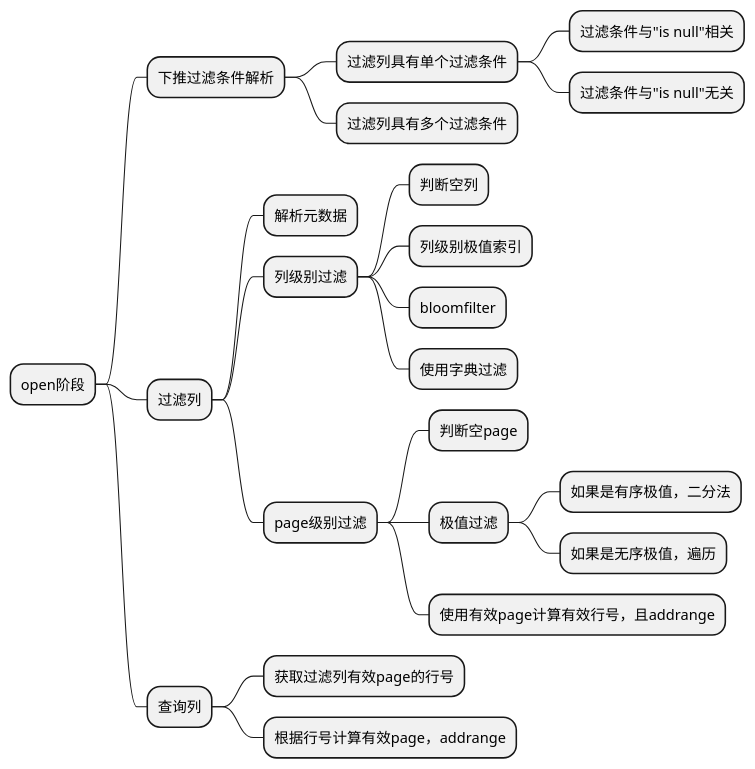
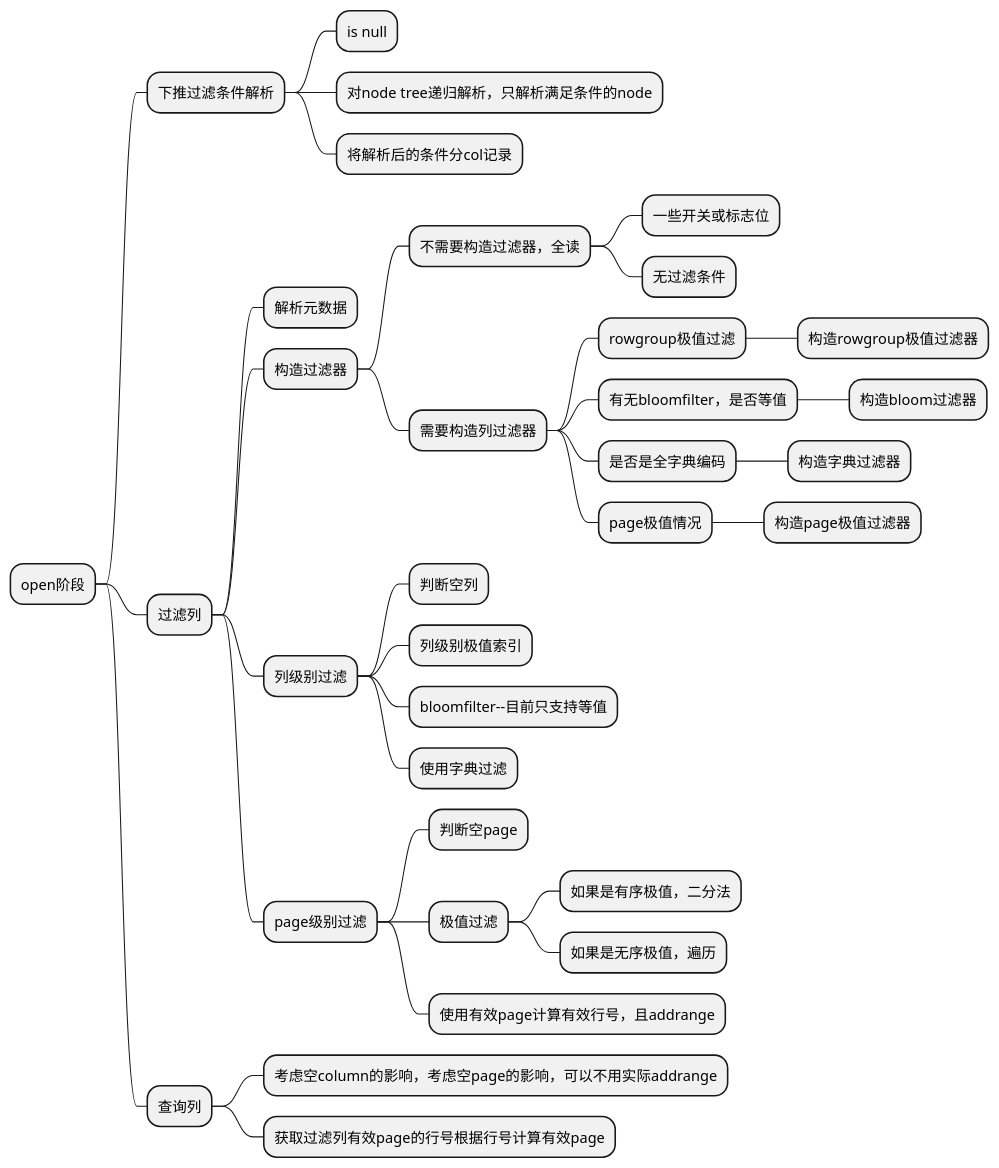
Before and after one commit to HarpsealCC/note: the second of 20 diagrams in 东方国信工作资料/点查询/pageindex过滤相关功能.md, drawn with PlantUML. The commit also changed other lines of this file and 5 other files, not shown here.

````diff
--- a/东方国信工作资料/点查询/pageindex过滤相关功能.md
+++ b/东方国信工作资料/点查询/pageindex过滤相关功能.md
@@ -45,26 +36,40 @@
 ```plantuml
 @startmindmap
 * open阶段
 ** 下推过滤条件解析
-*** 过滤列具有单个过滤条件
-**** 过滤条件与"is null"相关
-**** 过滤条件与"is null"无关
-*** 过滤列具有多个过滤条件
+*** is null
+*** 对node tree递归解析，只解析满足条件的node
+*** 将解析后的条件分col记录
 ** 过滤列
 *** 解析元数据
+*** 构造过滤器
+**** 不需要构造过滤器，全读
+***** 一些开关或标志位
+***** 无过滤条件
+
+**** 需要构造列过滤器
+***** rowgroup极值过滤
+****** 构造rowgroup极值过滤器
+***** 有无bloomfilter，是否等值
+****** 构造bloom过滤器
+***** 是否是全字典编码
+****** 构造字典过滤器
+***** page极值情况
+****** 构造page极值过滤器
 *** 列级别过滤
 **** 判断空列
 **** 列级别极值索引
-**** bloomfilter
+**** bloomfilter--目前只支持等值
 **** 使用字典过滤
 *** page级别过滤
 **** 判断空page
 **** 极值过滤
 ***** 如果是有序极值，二分法
 ***** 如果是无序极值，遍历
 **** 使用有效page计算有效行号，且addrange
 ** 查询列
-*** 获取过滤列有效page的行号
-*** 根据行号计算有效page，addrange
+*** 考虑空column的影响，考虑空page的影响，可以不用实际addrange
+*** 获取过滤列有效page的行号根据行号计算有效page
+
 @endmindmap
 ```
````
